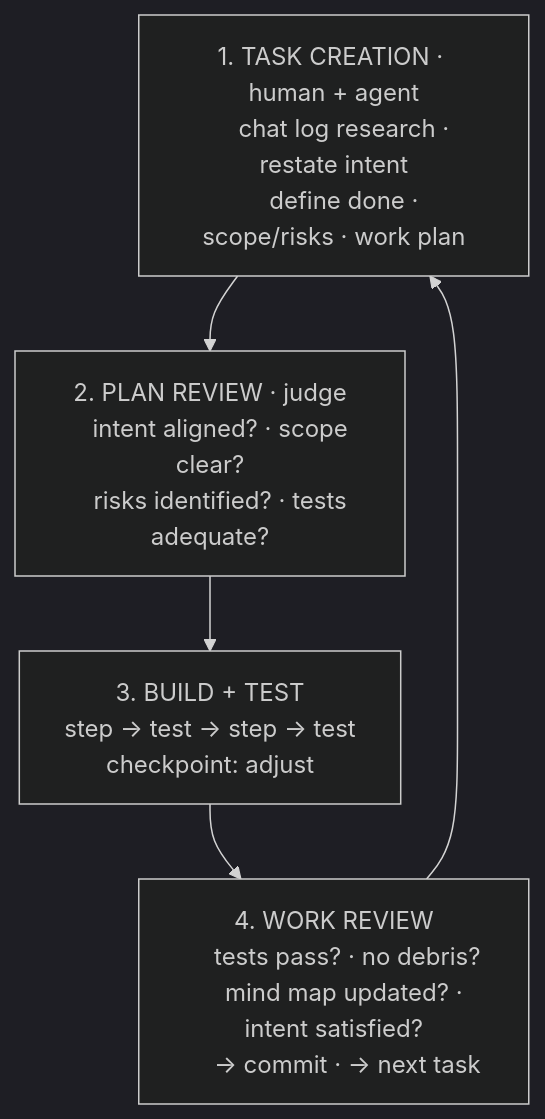
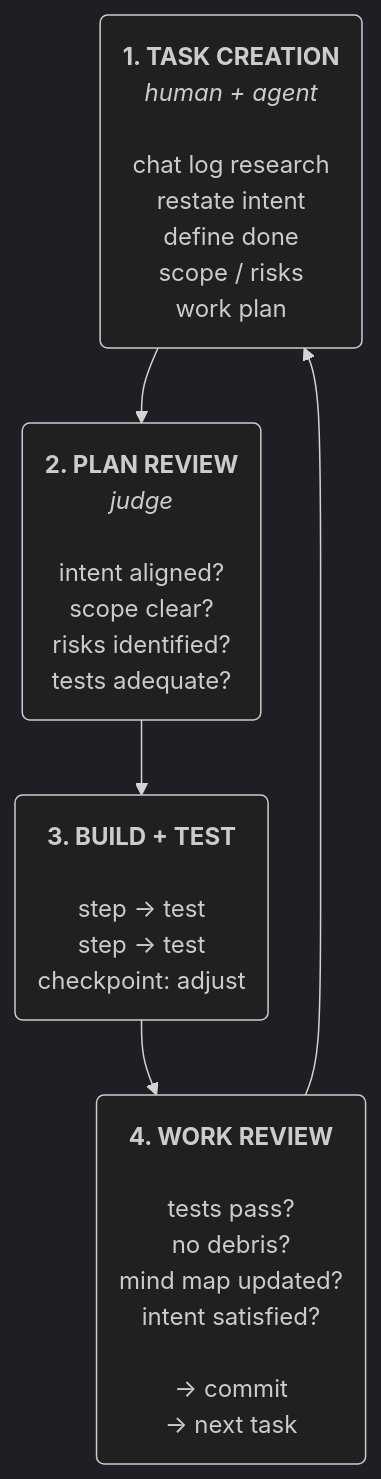
Before and after one commit to horiacristescu/claude-playbook-plugin: the diagram in README.md, drawn with Mermaid (dark theme).

Commit message:
Mermaid diagram: use HTML formatting for visual hierarchy in nodes

````diff
--- a/README.md
+++ b/README.md
@@ -27,16 +27,7 @@
 ```mermaid
 graph TD
-    A["1. TASK CREATION · human + agent
-    chat log research · restate intent
-    define done · scope/risks · work plan"] --> B["2. PLAN REVIEW · judge
-    intent aligned? · scope clear?
-    risks identified? · tests adequate?"]
-    B --> C["3. BUILD + TEST
-    step → test → step → test
-    checkpoint: adjust"]
-    C --> D["4. WORK REVIEW
-    tests pass? · no debris?
-    mind map updated? · intent satisfied?
-    → commit · → next task"]
+    A("<b>1. TASK CREATION</b><br/><i>human + agent</i><br/><br/>chat log research<br/>restate intent<br/>define done<br/>scope / risks<br/>work plan") --> B("<b>2. PLAN REVIEW</b><br/><i>judge</i><br/><br/>intent aligned?<br/>scope clear?<br/>risks identified?<br/>tests adequate?")
+    B --> C("<b>3. BUILD + TEST</b><br/><br/>step → test<br/>step → test<br/>checkpoint: adjust")
+    C --> D("<b>4. WORK REVIEW</b><br/><br/>tests pass?<br/>no debris?<br/>mind map updated?<br/>intent satisfied?<br/><br/>→ commit<br/>→ next task")
     D --> A
 ```
````
